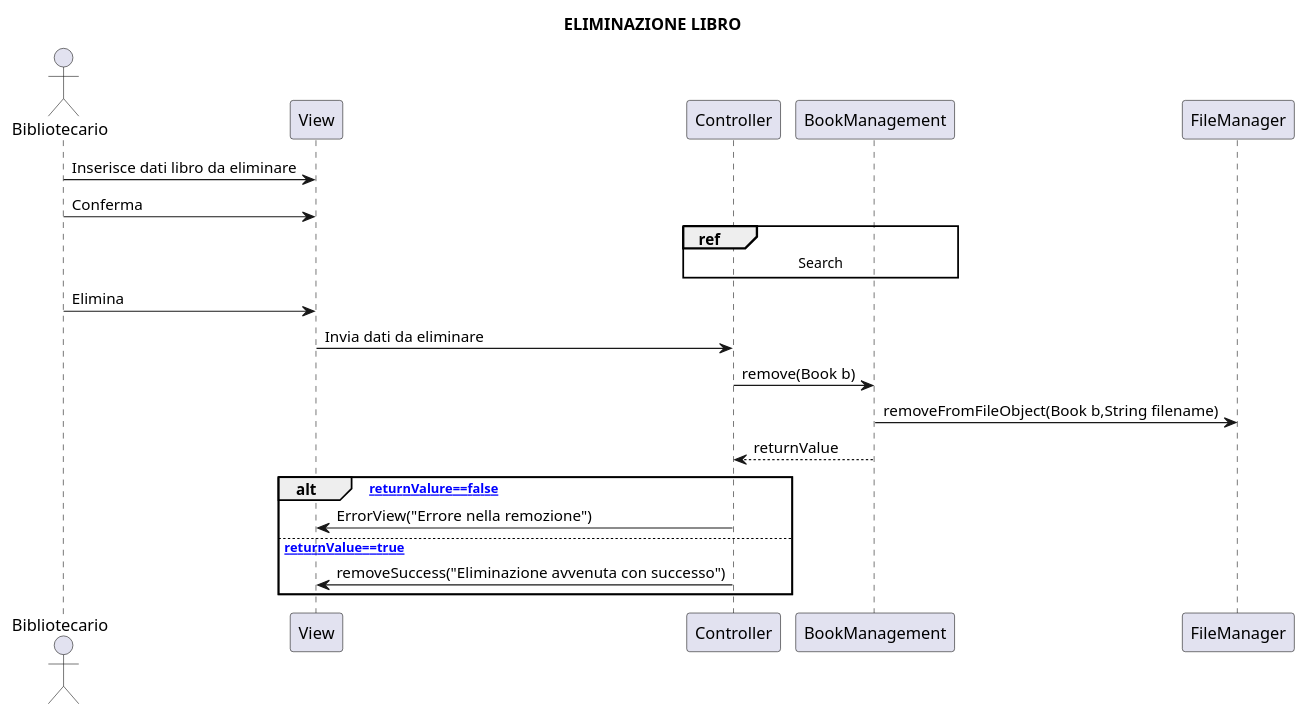
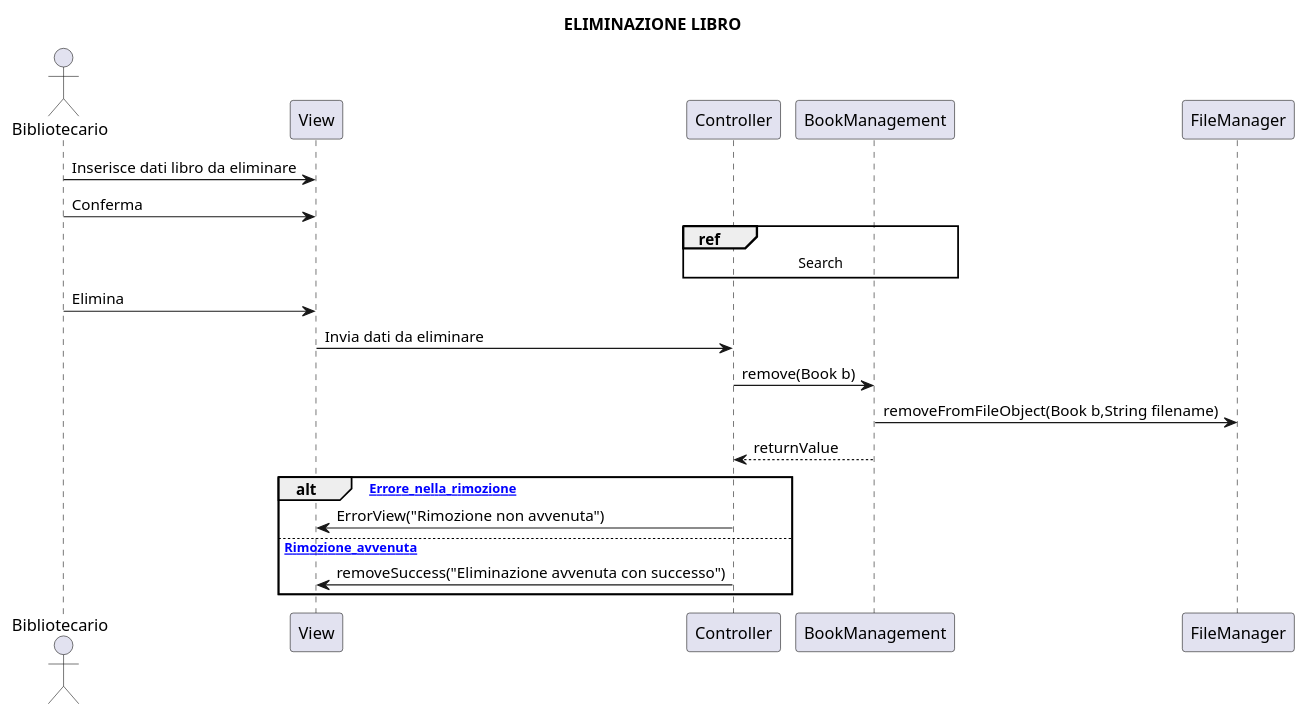
One commit to brunooliva7/Project-Ingegneria-del-Software14 changed the diagram in gruppo14BibliotecaUniversitaria/uml/CancellazioneLibro.puml. Above: the diagram before and after it, drawn with PlantUML. The commit also changed other lines of this file and 13 other files, not shown here.

```diff
--- a/gruppo14BibliotecaUniversitaria/uml/CancellazioneLibro.puml
+++ b/gruppo14BibliotecaUniversitaria/uml/CancellazioneLibro.puml
@@ -1,20 +1,25 @@
 @startuml
 title ELIMINAZIONE LIBRO
 
-Actor Bibliotecario
+actor Bibliotecario
+participant View
+participant Controller 
+participant BookManagement
+participant FileManager
+
 Bibliotecario -> View : Inserisce dati libro da eliminare
 Bibliotecario -> View : Conferma
 ref over Controller,BookManagement
 Search
 end
 Bibliotecario -> View : Elimina
 View -> Controller : Invia dati da eliminare
 Controller -> BookManagement : remove(Book b)
 BookManagement -> FileManager : removeFromFileObject(Book b,String filename)
 BookManagement --> Controller : returnValue
-alt [returnValure==false]
-Controller -> View : ErrorView("Errore nella remozione")
-else [returnValue==true]
+alt [Errore_nella_rimozione]
+Controller -> View : ErrorView("Rimozione non avvenuta")
+else [Rimozione_avvenuta]
 Controller -> View : removeSuccess("Eliminazione avvenuta con successo")
 end
 @enduml
```
